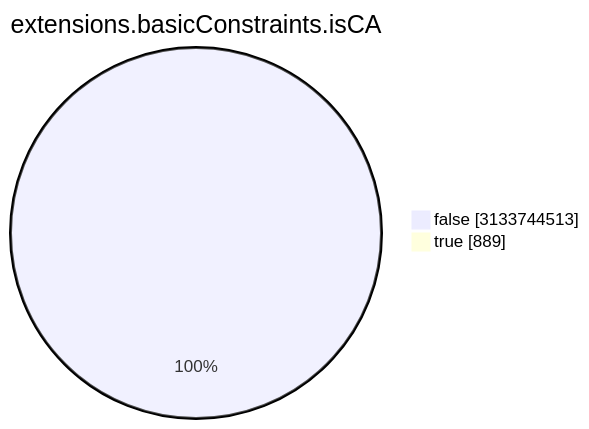
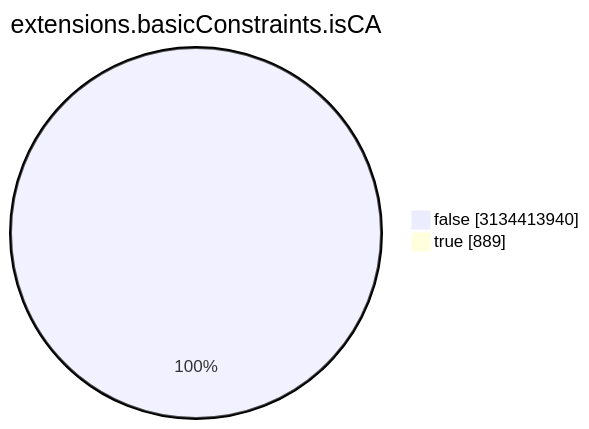
Before and after one commit to christiankrug/ctmonitor_visualization: the seventh of 15 diagrams in TOTAL/README.md, drawn with Mermaid. The commit also changed other lines of this file, not shown here.

````diff
--- a/TOTAL/README.md
+++ b/TOTAL/README.md
@@ -3088,6 +3088,6 @@
 ```mermaid
 pie showData
 title extensions.basicConstraints.isCA
-"false" :3133744513
+"false" :3134413940
 "true" :889
 ```
````
